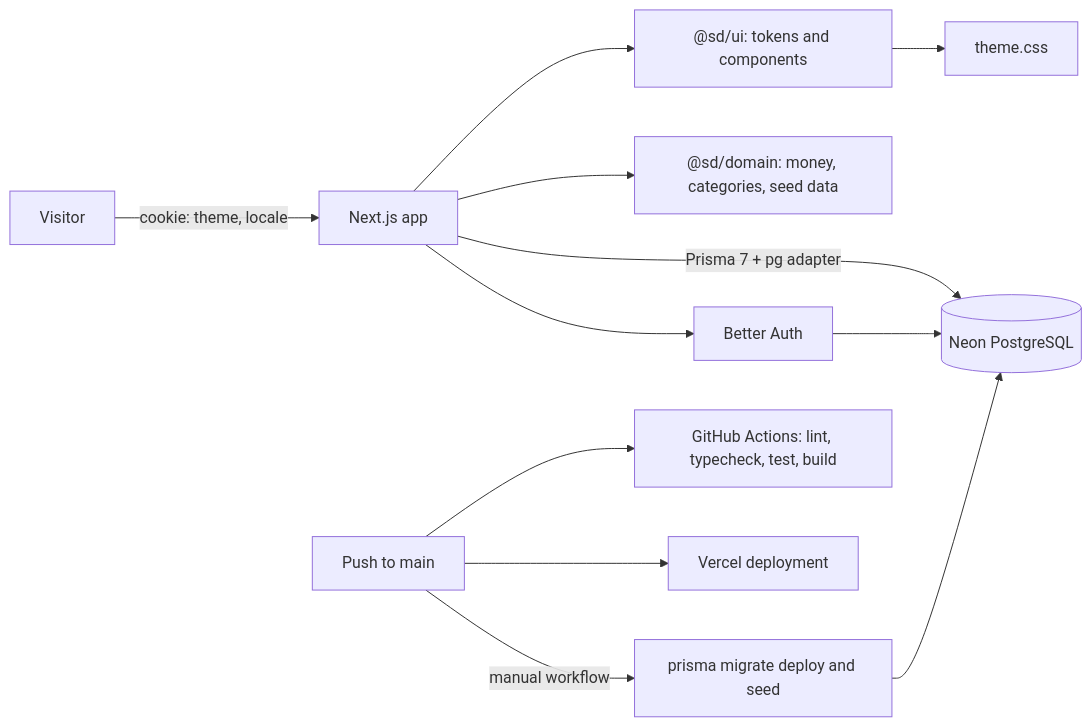
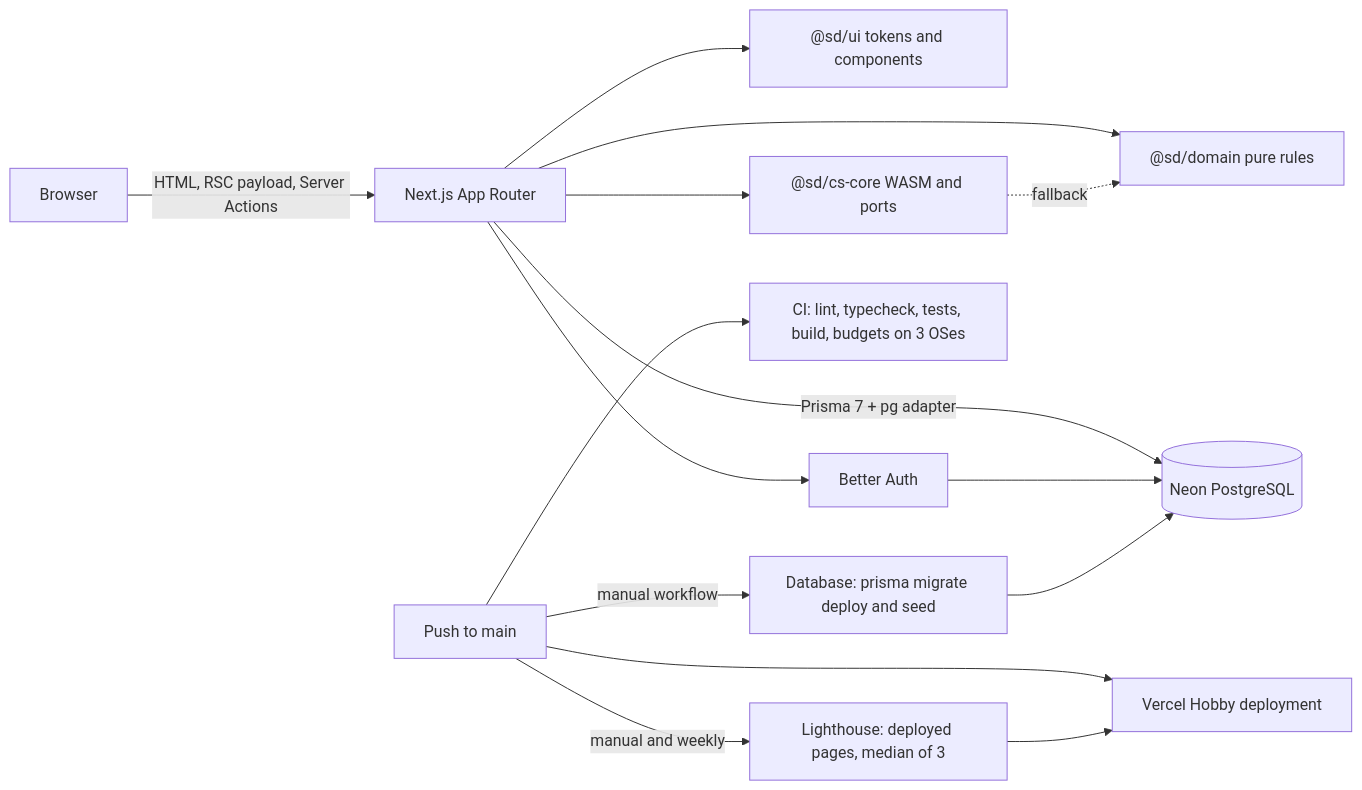
The diagram in ARCHITECTURE.md (ibrahimSumon47/sawdagar-dokanpart), drawn with Mermaid before and after one commit. The commit also changed other lines of this file and 20 other files, not shown here.

````diff
--- a/ARCHITECTURE.md
+++ b/ARCHITECTURE.md
@@ -11,14 +26,18 @@
 ```mermaid
 flowchart LR
-  Visitor -->|cookie: theme, locale| Web[Next.js app]
-  Web --> UI["@sd/ui: tokens and components"]
-  Web --> Domain["@sd/domain: money, categories, seed data"]
-  Web -->|Prisma 7 + pg adapter| Neon[(Neon PostgreSQL)]
-  Web --> Auth[Better Auth]
-  Auth --> Neon
-  UI --> Tokens[theme.css]
-  GitHub[Push to main] --> CI[GitHub Actions: lint, typecheck, test, build]
-  GitHub --> Vercel[Vercel deployment]
-  GitHub -->|manual workflow| Migrations[prisma migrate deploy and seed]
-  Migrations --> Neon
+  Browser -->|HTML, RSC payload, Server Actions| Next[Next.js App Router]
+  Next --> UI["@sd/ui tokens and components"]
+  Next --> Domain["@sd/domain pure rules"]
+  Next -->|Prisma 7 + pg adapter| PG[(Neon PostgreSQL)]
+  Next --> Auth[Better Auth]
+  Auth --> PG
+  Next --> CS["@sd/cs-core WASM and ports"]
+  CS -. fallback .-> Domain
+
+  GitHub[Push to main] --> CI["CI: lint, typecheck, tests, build, budgets on 3 OSes"]
+  GitHub --> Vercel[Vercel Hobby deployment]
+  GitHub -->|manual workflow| DB["Database: prisma migrate deploy and seed"]
+  DB --> PG
+  GitHub -->|manual and weekly| LH["Lighthouse: deployed pages, median of 3"]
+  LH --> Vercel
 ```
````
